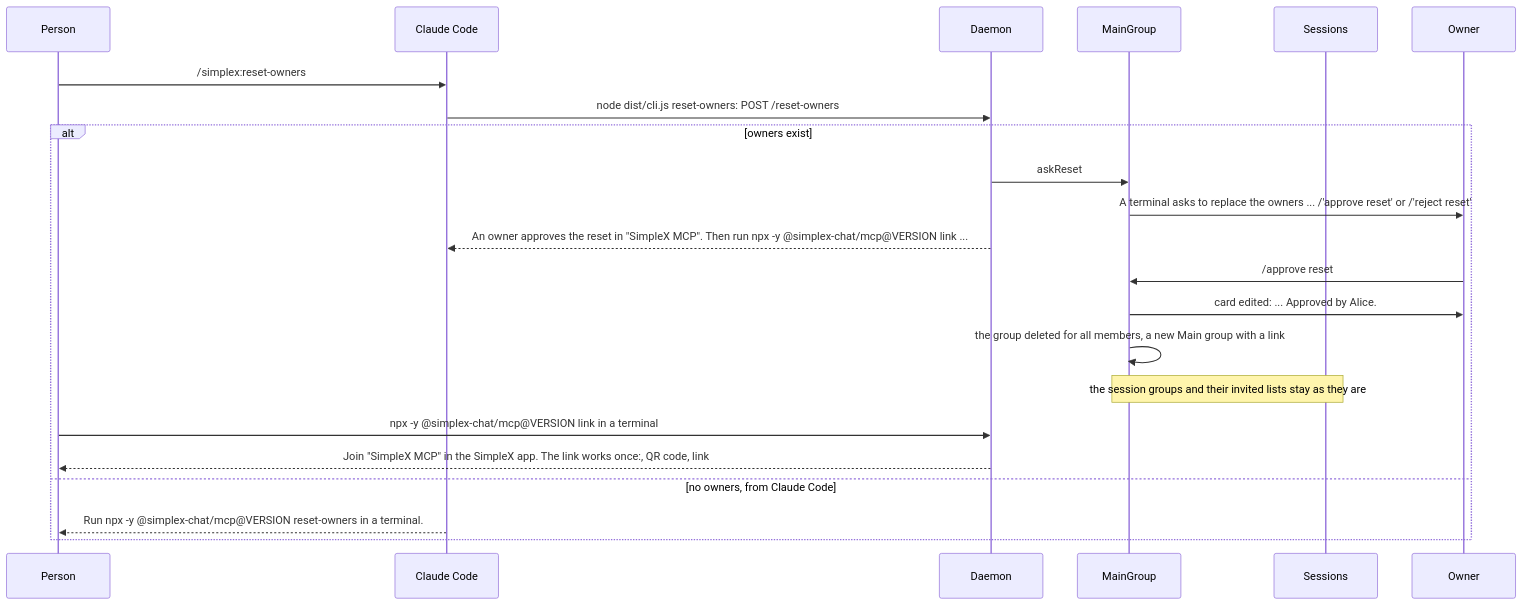
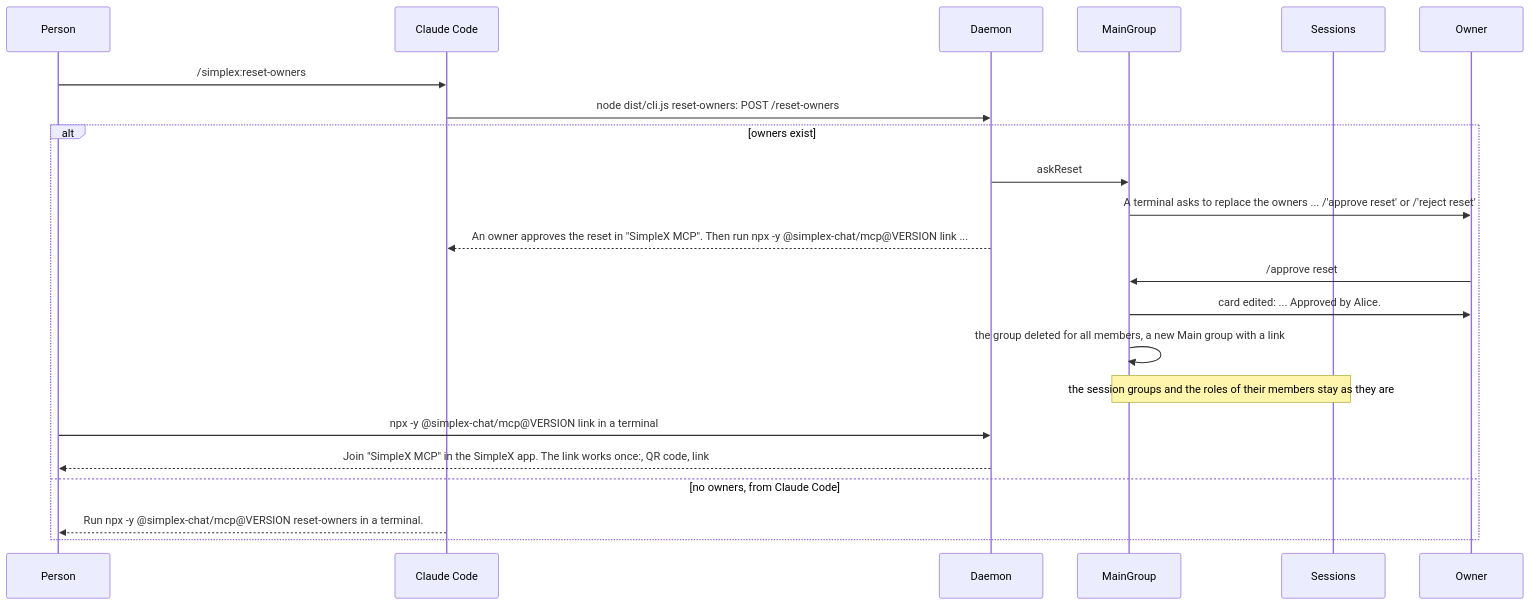
Before and after one commit to simplex-chat/simplex-chat: diagram 25 of 30 in packages/simplex-chat-mcp/spec/flows.md, drawn with Mermaid. The commit also changed other lines of this file and 3 other files, not shown here.

First line of the commit message:
mcp: spec of rights by role in session groups

````diff
--- a/packages/simplex-chat-mcp/spec/flows.md
+++ b/packages/simplex-chat-mcp/spec/flows.md
@@ -1094,24 +1093,24 @@
 ```mermaid
 sequenceDiagram
   participant P as Person
   participant CC as Claude Code
   participant D as Daemon
   participant M as MainGroup
   participant N as Sessions
   participant O as Owner
   P->>CC: /simplex:reset-owners
   CC->>D: node dist/cli.js reset-owners: POST /reset-owners
   alt owners exist
     D->>M: askReset
     M->>O: A terminal asks to replace the owners ... /'approve reset' or /'reject reset'
     D-->>CC: An owner approves the reset in "SimpleX MCP". Then run npx -y @simplex-chat/mcp@VERSION link ...
     O->>M: /approve reset
     M->>O: card edited: ... Approved by Alice.
     M->>M: the group deleted for all members, a new Main group with a link
-    Note over M,N: the session groups and their invited lists stay as they are
+    Note over M,N: the session groups and the roles of their members stay as they are
     P->>D: npx -y @simplex-chat/mcp@VERSION link in a terminal
     D-->>P: Join "SimpleX MCP" in the SimpleX app. The link works once:, QR code, link
   else no owners, from Claude Code
     CC-->>P: Run npx -y @simplex-chat/mcp@VERSION reset-owners in a terminal.
   end
 ```
````
